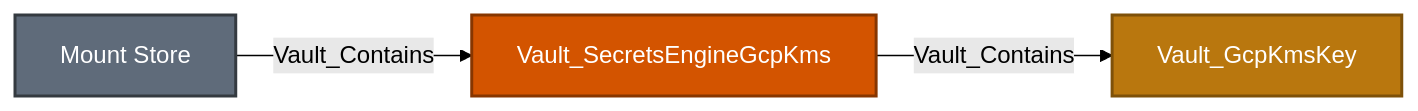
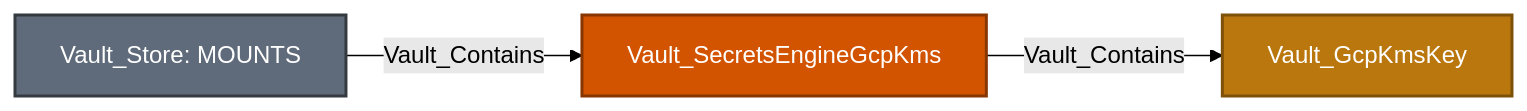
Diagram 12 of 29 in Documentation/stores/MOUNTS.md (bytewreck/opengraph-vault), drawn with Mermaid (forest theme) before and after one commit. The commit also changed other lines of this file and 13 other files, not shown here.

````diff
--- a/Documentation/stores/MOUNTS.md
+++ b/Documentation/stores/MOUNTS.md
@@ -577,9 +613,9 @@
 ```mermaid
 flowchart LR
-    store[Mount Store]:::storeNode -->|Vault_Contains| mount[Vault_SecretsEngineGcpKms]:::mountNode
+    store[Vault_Store: MOUNTS]:::storeNode -->|Vault_Contains| mount[Vault_SecretsEngineGcpKms]:::mountNode
     mount -->|Vault_Contains| key[Vault_GcpKmsKey]:::keyNode
 
     classDef storeNode fill:#5F6B7A,color:#fff,stroke:#343A40,stroke-width:2px
     classDef mountNode fill:#D35400,color:#fff,stroke:#873600,stroke-width:2px
     classDef keyNode fill:#B9770E,color:#fff,stroke:#7E5109,stroke-width:2px
 ```
````
